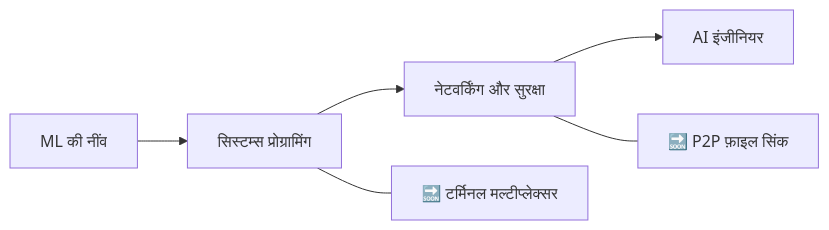
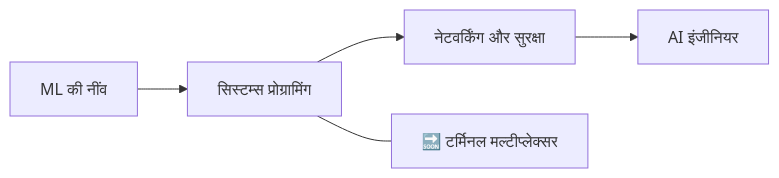
Before and after one commit to zuroking/zuroking: the diagram in README_hi.md, drawn with Mermaid. The commit also changed other lines of this file, not shown here.

````diff
--- a/README_hi.md
+++ b/README_hi.md
@@ -101,9 +102,8 @@
 ```mermaid
 flowchart LR
     A[ML की नींव] --> B[सिस्टम्स प्रोग्रामिंग]
     B --> C[नेटवर्किंग और सुरक्षा]
     C --> D[AI इंजीनियर]
 
     B --- B1[🔜 टर्मिनल मल्टीप्लेक्सर]
-    C --- C2[🔜 P2P फ़ाइल सिंक]
 ```
````
